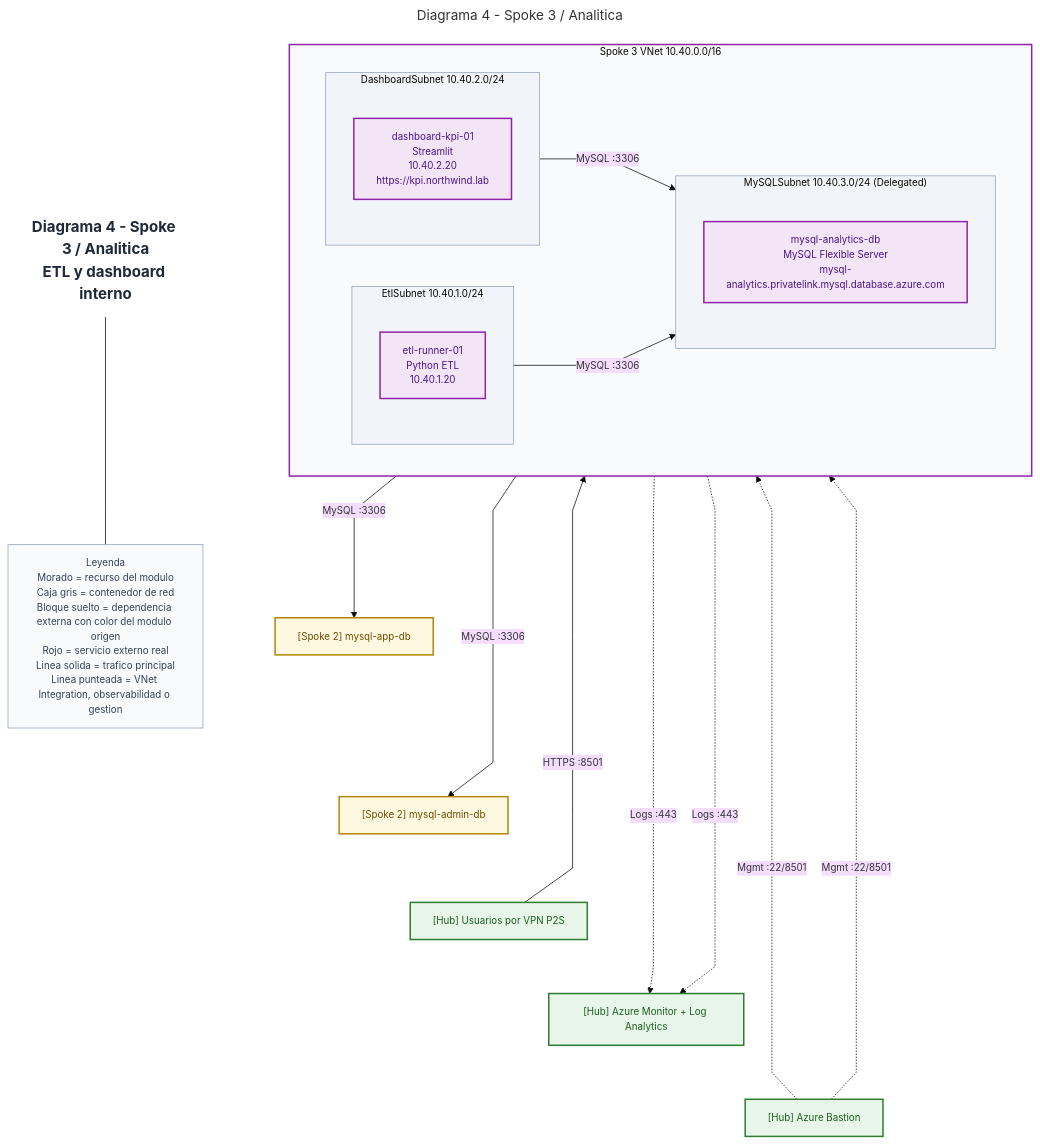
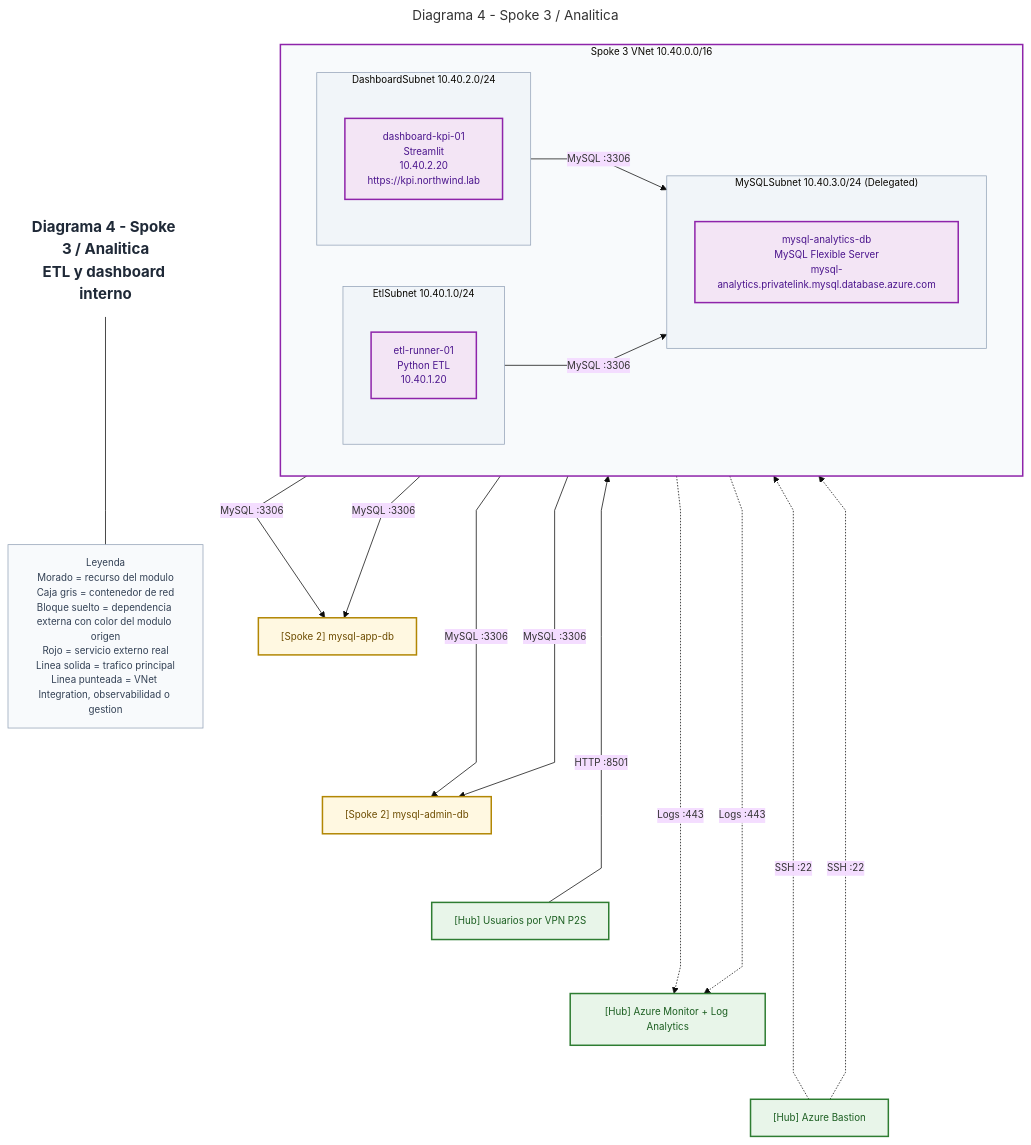
One commit to Eickyair/azure-hubspoke-private-intranet changed the diagram in docs/arquitectura/spoke3-analitica-detalle.mmd. Above: the diagram before and after it, drawn with Mermaid. The commit also changed 5 other files, not shown here.

Commit message:
diagramas

```diff
--- a/docs/arquitectura/spoke3-analitica-detalle.mmd
+++ b/docs/arquitectura/spoke3-analitica-detalle.mmd
@@ -1,60 +1,62 @@
 ---
 title: Diagrama 4 - Spoke 3 / Analitica
 ---
 %%{init: {"theme": "base", "flowchart": {"curve": "linear", "nodeSpacing": 55, "rankSpacing": 72}, "themeVariables": {"fontFamily": "Trebuchet MS", "fontSize": "13px"}} }%%
 flowchart TB
     title["Diagrama 4 - Spoke 3 / Analitica<br/>ETL y dashboard interno"]:::title
     legend["Leyenda<br/>Morado = recurso del modulo<br/>Caja gris = contenedor de red<br/>Bloque suelto = dependencia externa con color del modulo origen<br/>Rojo = servicio externo real<br/>Linea solida = trafico principal<br/>Linea punteada = VNet Integration, observabilidad o gestion"]:::legend
     title --- legend
 
     subgraph spoke3["Spoke 3 VNet 10.40.0.0/16"]
         direction LR
         subgraph etlsubnet["EtlSubnet 10.40.1.0/24"]
             direction TB
             etl["etl-runner-01<br/>Python ETL<br/>10.40.1.20"]:::analytics
         end
 
         subgraph dashboardsubnet["DashboardSubnet 10.40.2.0/24"]
             direction TB
             dashboard["dashboard-kpi-01<br/>Streamlit<br/>10.40.2.20<br/>https://kpi.northwind.lab"]:::analytics
         end
 
         subgraph mysqlsubnet["MySQLSubnet 10.40.3.0/24 (Delegated)"]
             direction TB
             mysqlanalytics["mysql-analytics-db<br/>MySQL Flexible Server<br/>mysql-analytics.privatelink.mysql.database.azure.com"]:::analytics
         end
     end
 
     dbapp["[Spoke 2] mysql-app-db"]:::data
     dbadmin["[Spoke 2] mysql-admin-db"]:::data
     vpnusers["[Hub] Usuarios por VPN P2S"]:::hub
     monitor["[Hub] Azure Monitor + Log Analytics"]:::hub
     bastion["[Hub] Azure Bastion"]:::hub
 
     etl -->|"MySQL :3306"| dbapp
     etl -->|"MySQL :3306"| dbadmin
     etl -->|"MySQL :3306"| mysqlanalytics
     dashboard -->|"MySQL :3306"| mysqlanalytics
-    vpnusers -->|"HTTPS :8501"| dashboard
+    dashboard -->|"MySQL :3306"| dbapp
+    dashboard -->|"MySQL :3306"| dbadmin
+    vpnusers -->|"HTTP :8501"| dashboard
     etl -.->|"Logs :443"| monitor
     dashboard -.->|"Logs :443"| monitor
-    bastion -.->|"Mgmt :22/8501"| etl
-    bastion -.->|"Mgmt :22/8501"| dashboard
+    bastion -.->|"SSH :22"| etl
+    bastion -.->|"SSH :22"| dashboard
 
     dbapp ~~~ dbadmin
     dbadmin ~~~ vpnusers
     vpnusers ~~~ monitor
     monitor ~~~ bastion
 
     style spoke3 fill:#f8fafc,stroke:#8e24aa,stroke-width:2px;
     style etlsubnet fill:#f1f5f9,stroke:#94a3b8,stroke-width:1px;
     style dashboardsubnet fill:#f1f5f9,stroke:#94a3b8,stroke-width:1px;
     style mysqlsubnet fill:#f1f5f9,stroke:#94a3b8,stroke-width:1px;
 
     classDef title fill:#ffffff,stroke:#ffffff,color:#1f2937,font-size:20px,font-weight:bold;
     classDef legend fill:#f8fafc,stroke:#94a3b8,color:#334155;
     classDef hub fill:#e8f5e9,stroke:#2e7d32,color:#1b5e20,stroke-width:2px;
     classDef app fill:#e3f2fd,stroke:#1565c0,color:#0d47a1,stroke-width:2px;
     classDef data fill:#fff8e1,stroke:#b28704,color:#6d4c00,stroke-width:2px;
     classDef analytics fill:#f3e5f5,stroke:#8e24aa,color:#4a148c,stroke-width:2px;
     classDef external fill:#ffebee,stroke:#c62828,color:#7f1d1d,stroke-width:2px;
```
